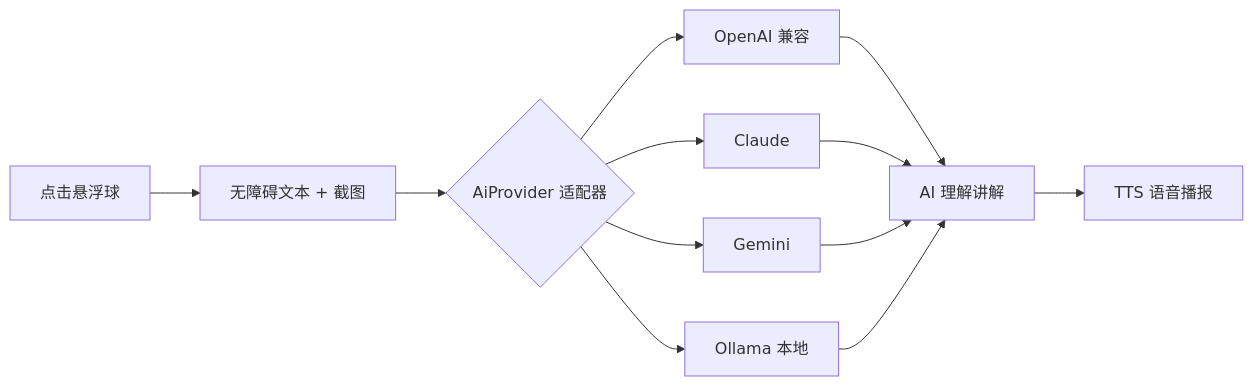
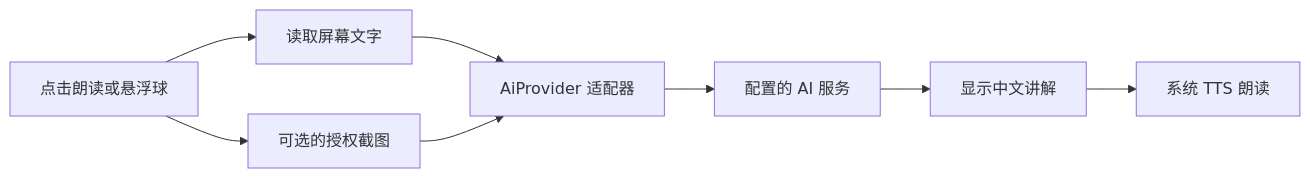
One commit to dhc979917-ux/- changed the diagram in README.md. Above: the diagram before and after it, drawn with Mermaid. The commit also changed other lines of this file and 68 other files, not shown here.

````diff
--- a/README.md
+++ b/README.md
@@ -44,14 +147,10 @@
 ```mermaid
 flowchart LR
-    A[点击悬浮球] --> B[无障碍文本 + 截图]
-    B --> C{AiProvider 适配器}
-    C --> D[OpenAI 兼容]
-    C --> E[Claude]
-    C --> F[Gemini]
-    C --> G[Ollama 本地]
-    D --> H[AI 理解讲解]
-    E --> H
-    F --> H
-    G --> H
-    H --> I[TTS 语音播报]
+    A[点击朗读或悬浮球] --> B[读取屏幕文字]
+    A --> C[可选的授权截图]
+    B --> D[AiProvider 适配器]
+    C --> D
+    D --> E[配置的 AI 服务]
+    E --> F[显示中文讲解]
+    F --> G[系统 TTS 朗读]
 ```
````
